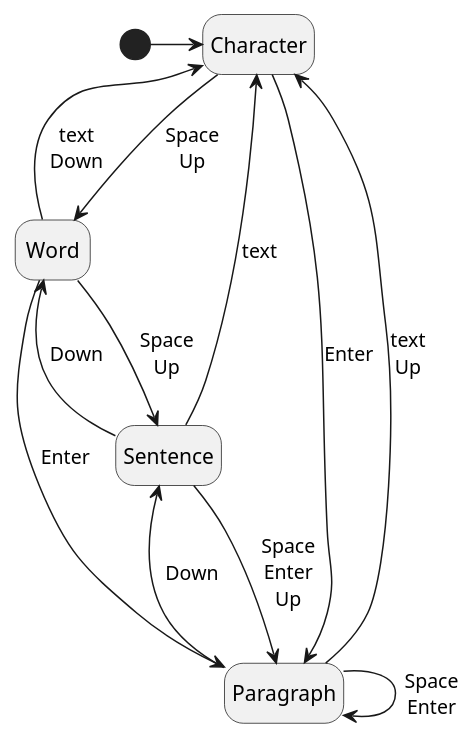
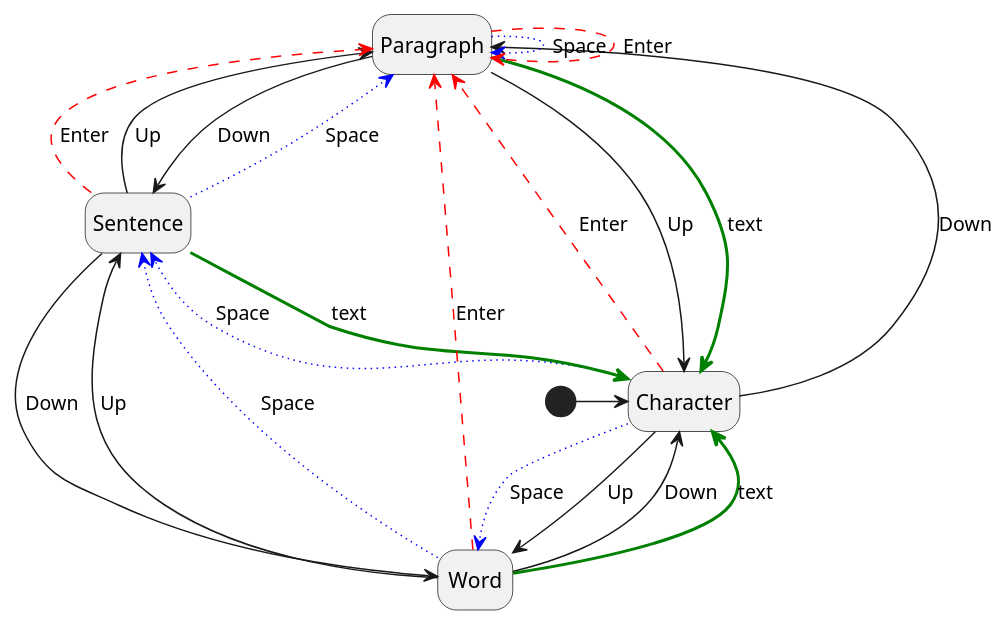
One commit to xanni/jotty changed the diagram in README.md. Above: the diagram before and after it, drawn with PlantUML.

Commit message:
Improve state diagram

````diff
--- a/README.md
+++ b/README.md
@@ -173,17 +173,26 @@
 ```plantuml
 @startuml
 hide empty description
 [*] -> Character
-Character --> Word : Space\nUp
-Character -> Paragraph : Enter
-Word -> Character : text\nDown
-Word --> Sentence : Space\nUp
-Word -> Paragraph : Enter
-Sentence -> Character : text
-Sentence -> Word : Down
-Sentence --> Paragraph : Space\nEnter\nUp
-Paragraph -> Character : text\nUp
-Paragraph -> Sentence : Down
-Paragraph --> Paragraph : Space\nEnter
+Character -d-> Paragraph : Down
+Character -u-> Word : Up
+Character -[dotted,#blue]-> Word : Space
+Character -[dotted,#blue]-> Sentence : Space
+Character -[dashed,#red]-> Paragraph : Enter
+Word -d-> Character : Down
+Word -u-> Sentence : Up
+Word -[bold,#green]-> Character : text
+Word -[dotted,#blue]-> Sentence : Space
+Word -[dashed,#red]-> Paragraph : Enter
+Sentence -d-> Word : Down
+Sentence -u-> Paragraph : Up
+Sentence -[bold,#green]-> Character : text
+Sentence -[dotted,#blue]-> Paragraph : Space
+Sentence -[dashed,#red]-> Paragraph : Enter
+Paragraph -d-> Sentence : Down
+Paragraph -u-> Character : Up
+Paragraph -[bold,#green]-> Character : text
+Paragraph -[dotted,#blue]-> Paragraph : Space
+Paragraph -[dashed,#red]-> Paragraph : Enter
 @enduml
 ```
````
